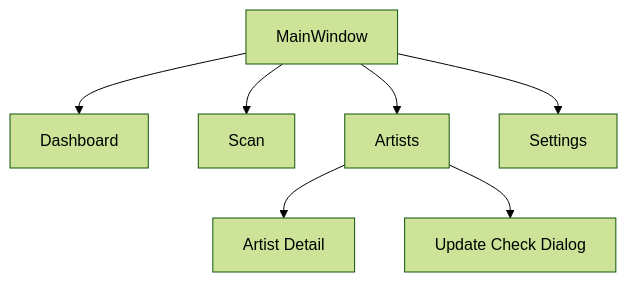
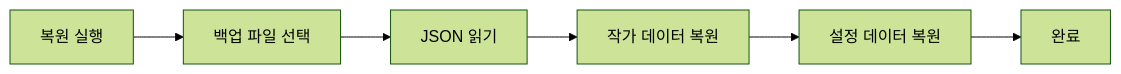
Before and after one commit to PKT0623/PixivLocalManager: diagram 11 of 12 in docs/03_SYSTEM_FLOW.md, drawn with Mermaid (forest theme). The commit also changed other lines of this file and 10 other files, not shown here.

````diff
--- a/docs/03_SYSTEM_FLOW.md
+++ b/docs/03_SYSTEM_FLOW.md
@@ -267,17 +240,13 @@
 ```mermaid
-flowchart TD
+flowchart LR
 
-MAIN[MainWindow]
+A[복원 실행]
 
-MAIN --> DASHBOARD[Dashboard]
+A --> B[백업 파일 선택]
+B --> C[JSON 읽기]
 
-MAIN --> SCAN[Scan]
+C --> D[작가 데이터 복원]
+D --> E[설정 데이터 복원]
 
-MAIN --> ARTISTS[Artists]
-
-MAIN --> SETTINGS[Settings]
-
-ARTISTS --> DETAIL[Artist Detail]
-
-ARTISTS --> UPDATE[Update Check Dialog]
+E --> F[완료]
 ```
````
